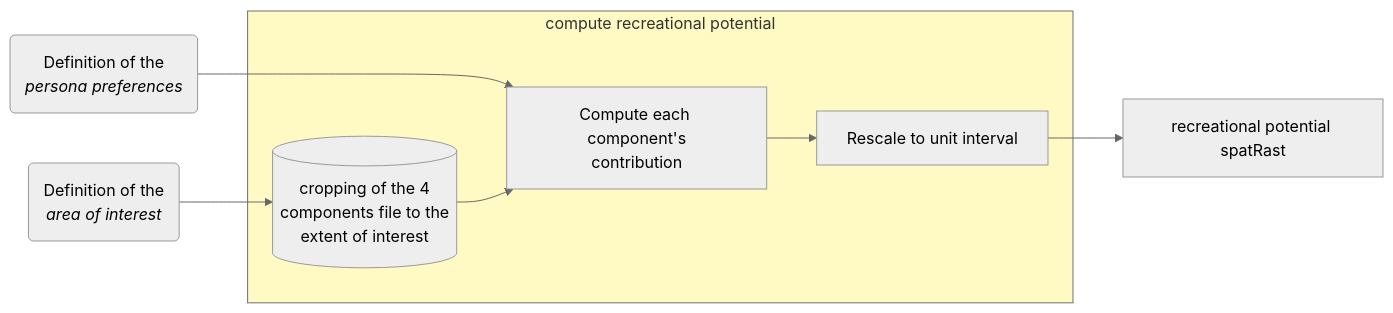
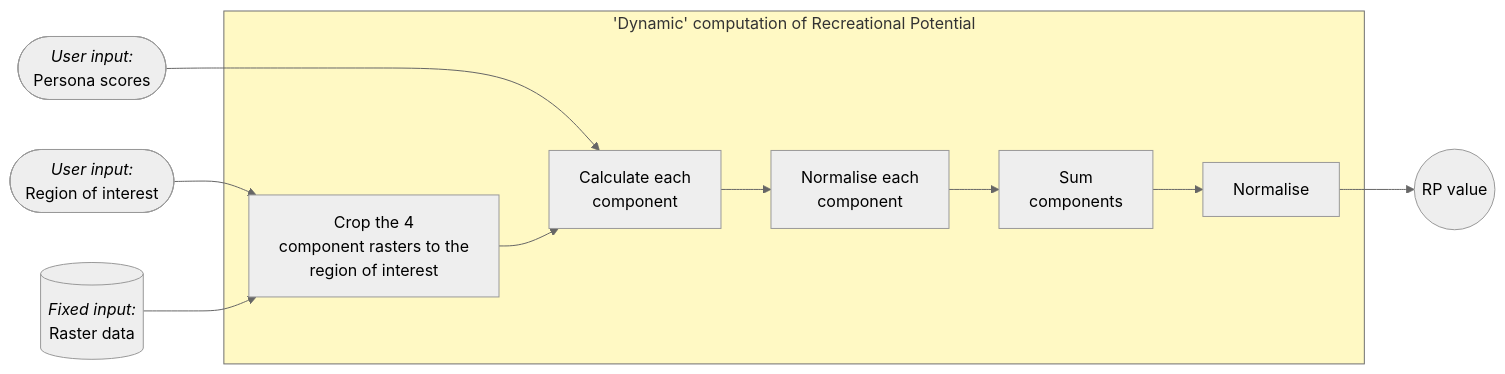
The diagram in summary.qmd (BioDT/ces-recreation-reports), drawn with Mermaid (neutral theme) before and after one commit. The commit also changed other lines of this file and 6 other files, not shown here.

````diff
--- a/summary.qmd
+++ b/summary.qmd
@@ -74,23 +152,30 @@
 ```{mermaid}
 %%| label: fig-mermaid
 %%| fig-cap: A breakdown of the 'dynamic' part of the Recreational Potential model, that responds to changes in user input.
 
 flowchart LR
- subgraph s1["compute recreational potential"]
-        C[("cropping of the 4<br>components file to the<br>extent of interest")]
-        E["Compute each component's<br>contribution"]
-        F["Rescale to unit interval"]
+ subgraph s1["'Dynamic' computation of Recreational Potential"]
+        D["Crop the 4<br>component rasters to the<br>region of interest"]
+        E["Calculate each<br>component"]
+        F["Normalise each<br>component"]
+        G["Sum<br>components"]
+        H["Normalise"]
   end
-    A("Definition of the<br><i>persona preferences</i>") ---> E
-    B("Definition of the<br><i>area of interest</i>") --> C
-    C --> E
+    A(["<i>User input:</i><br>Persona scores"]) ---> E
+    B(["<i>User input:</i><br>Region of interest"]) --> D
+    C[("<i>Fixed input:</i><br>Raster data")] --> D
+    D --> E
     E --> F
-    F --> G["recreational potential spatRast"]
+    F --> G
+    G --> H
+    H --> I(("RP value"))
     style s1 fill:#FFF9C4
     style A color:#000000
     style B color:#000000
     style C color:#000000
+    style D color:#000000
     style E color:#000000
     style F color:#000000
     style G color:#000000
+    style H color:#000000
 ```
````
